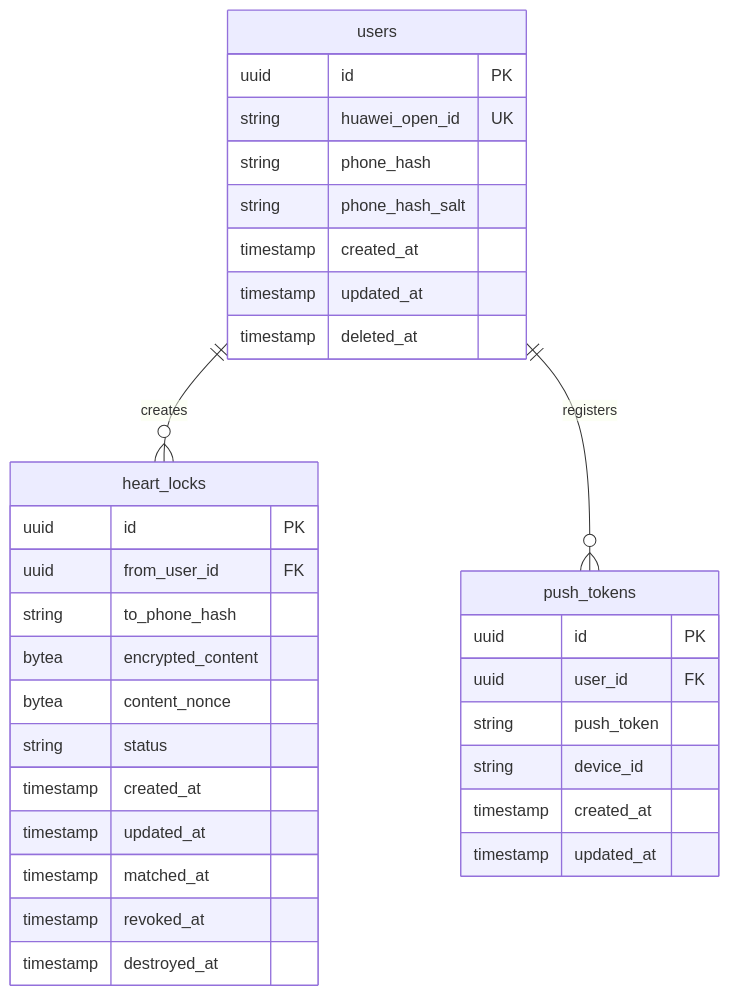
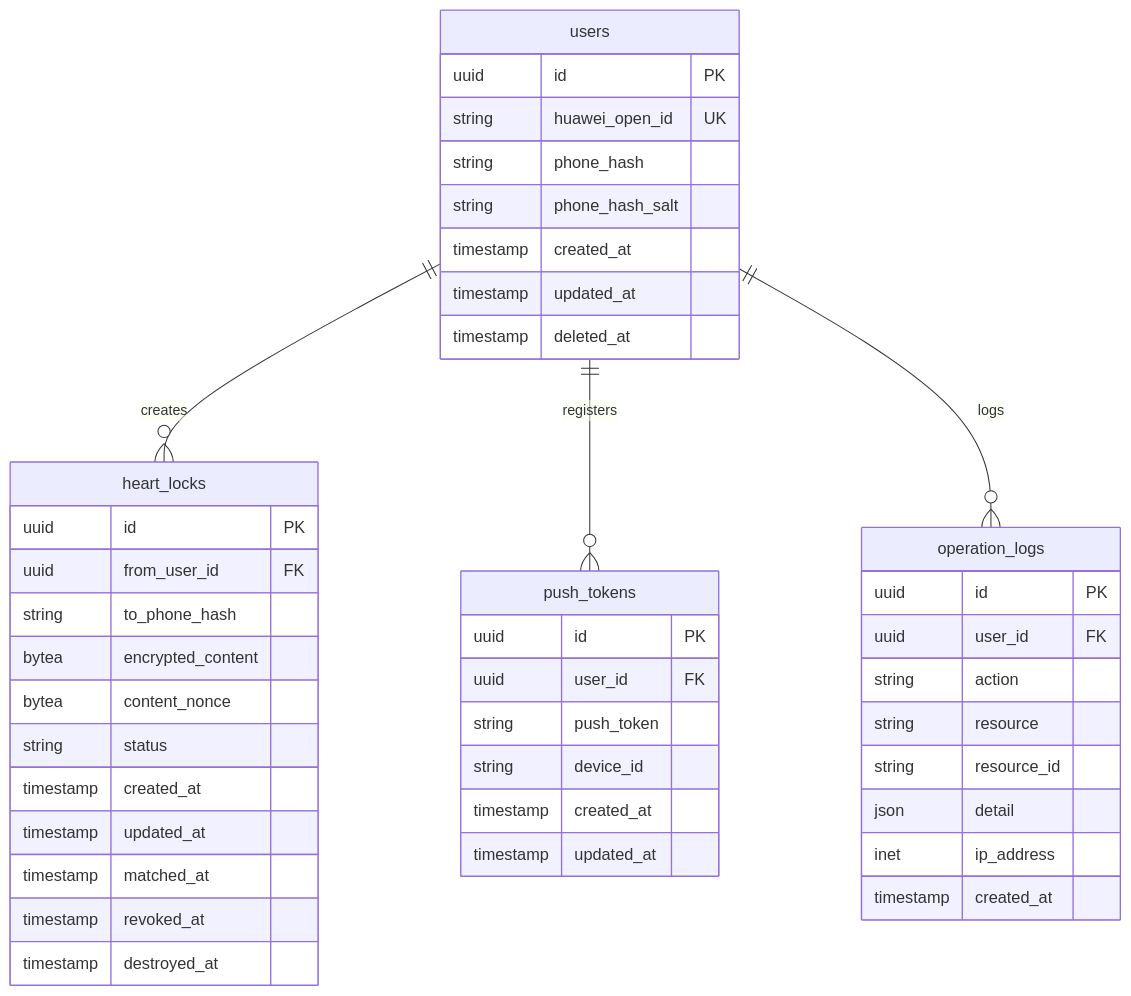
One commit to zhaolang/HeartLock changed the diagram in docs/backend/Database.md. Above: the diagram before and after it, drawn with Mermaid. The commit also changed other lines of this file and 6 other files, not shown here.

````diff
--- a/docs/backend/Database.md
+++ b/docs/backend/Database.md
@@ -47,38 +47,50 @@
 ```mermaid
 erDiagram
     users ||--o{ heart_locks : creates
     users ||--o{ push_tokens : registers
+    users ||--o{ operation_logs : logs
 
     users {
         uuid id PK
         string huawei_open_id UK
         string phone_hash
         string phone_hash_salt
         timestamp created_at
         timestamp updated_at
         timestamp deleted_at
     }
 
     heart_locks {
         uuid id PK
         uuid from_user_id FK
         string to_phone_hash
         bytea encrypted_content
         bytea content_nonce
         string status
         timestamp created_at
         timestamp updated_at
         timestamp matched_at
         timestamp revoked_at
         timestamp destroyed_at
     }
 
     push_tokens {
         uuid id PK
         uuid user_id FK
         string push_token
         string device_id
         timestamp created_at
         timestamp updated_at
     }
+
+    operation_logs {
+        uuid id PK
+        uuid user_id FK
+        string action
+        string resource
+        string resource_id
+        json detail
+        inet ip_address
+        timestamp created_at
+    }
 ```
````
